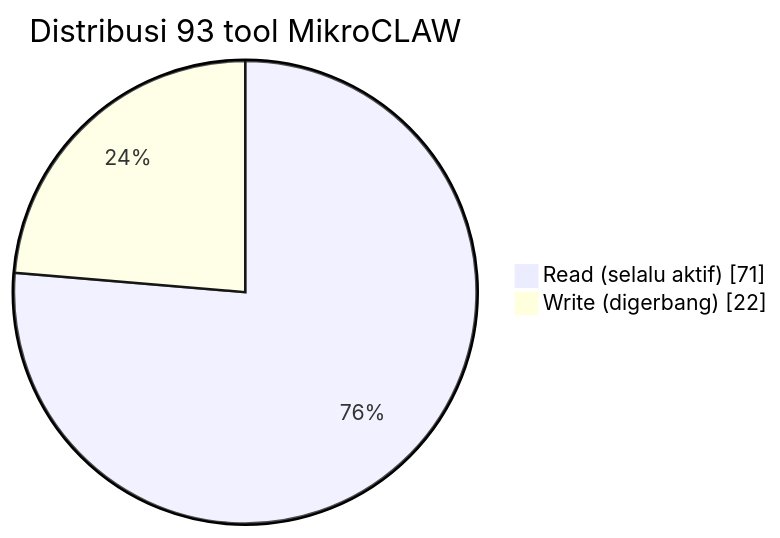
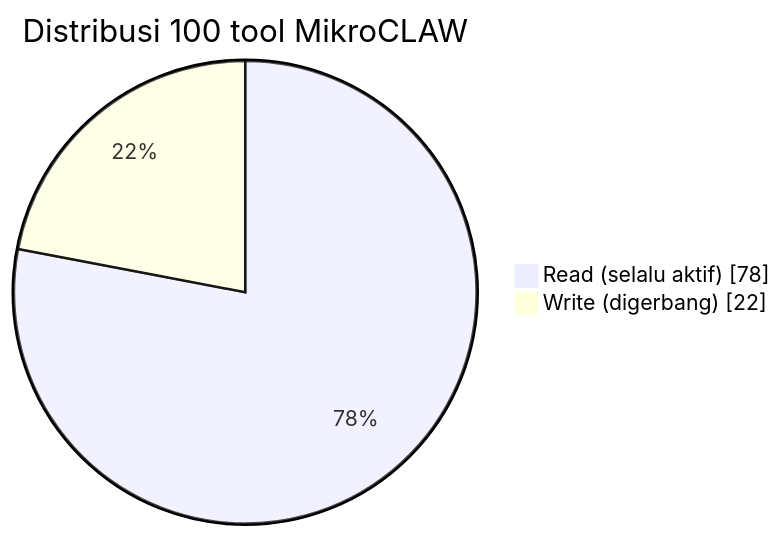
One commit to Syamsuddin/MikroCLAW changed the third of 4 diagrams in README.md. Above: the diagram before and after it, drawn with Mermaid. The commit also changed other lines of this file and 24 other files, not shown here.

````diff
--- a/README.md
+++ b/README.md
@@ -326,6 +327,6 @@
 ```mermaid
 pie showData
-    title Distribusi 93 tool MikroCLAW
-    "Read (selalu aktif)" : 71
+    title Distribusi 100 tool MikroCLAW
+    "Read (selalu aktif)" : 78
     "Write (digerbang)" : 22
 ```
````
